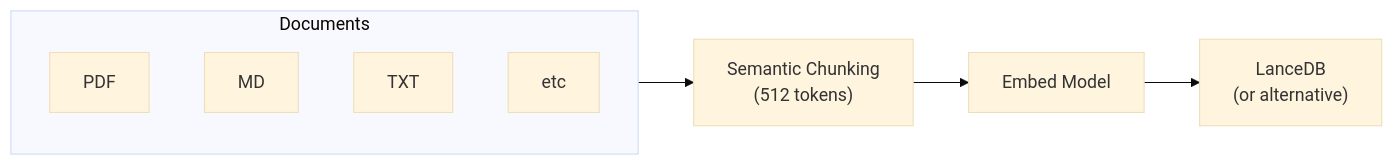
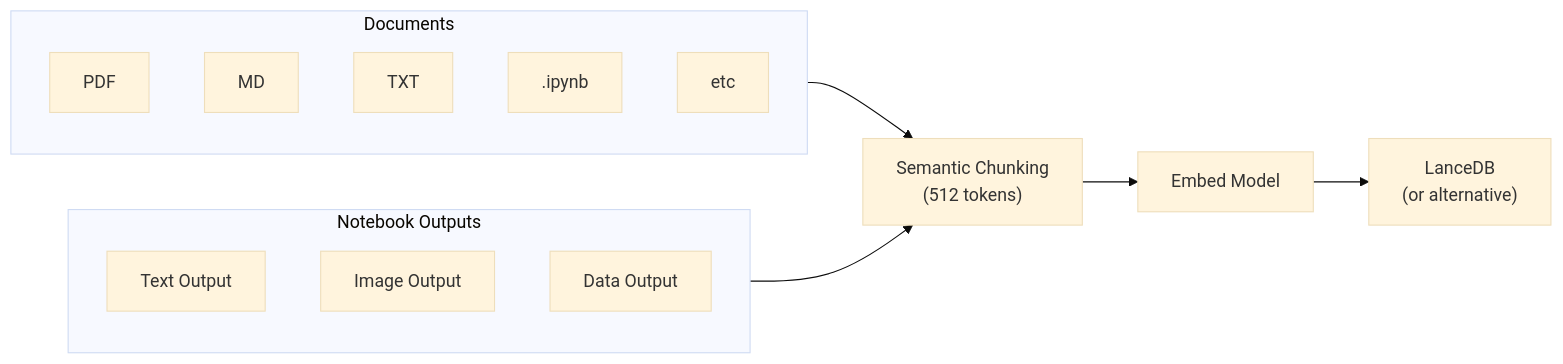
The seventh of 18 diagrams in insightlm_spec.md (laserpointlabs/insightLM-LT), drawn with Mermaid (base theme) before and after one commit. The commit also changed other lines of this file and 4 other files, not shown here.

````diff
--- a/insightlm_spec.md
+++ b/insightlm_spec.md
@@ -348,13 +758,21 @@
 ```mermaid
 flowchart LR
     subgraph Documents
         PDF[PDF]
         MD[MD]
         TXT[TXT]
+        IPYNB[.ipynb]
         ETC[etc]
     end
 
+    subgraph NotebookOutputs["Notebook Outputs"]
+        TextOut[Text Output]
+        ImageOut[Image Output]
+        DataOut[Data Output]
+    end
+
     Documents --> Chunking["Semantic Chunking<br/>(512 tokens)"]
+    NotebookOutputs --> Chunking
     Chunking --> Embedding["Embed Model"]
     Embedding --> VectorStore["LanceDB<br/>(or alternative)"]
 ```
````
